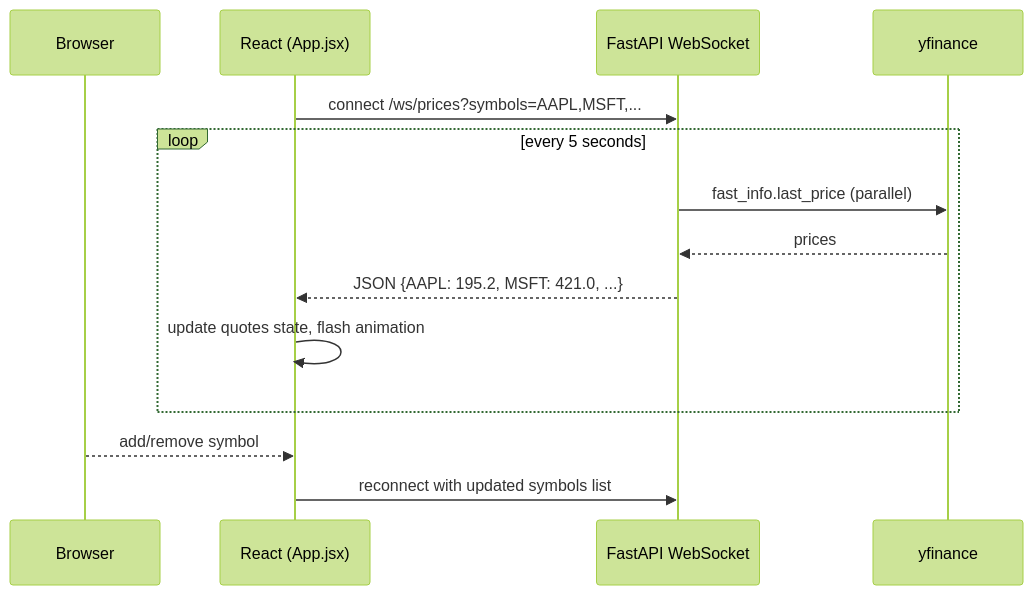
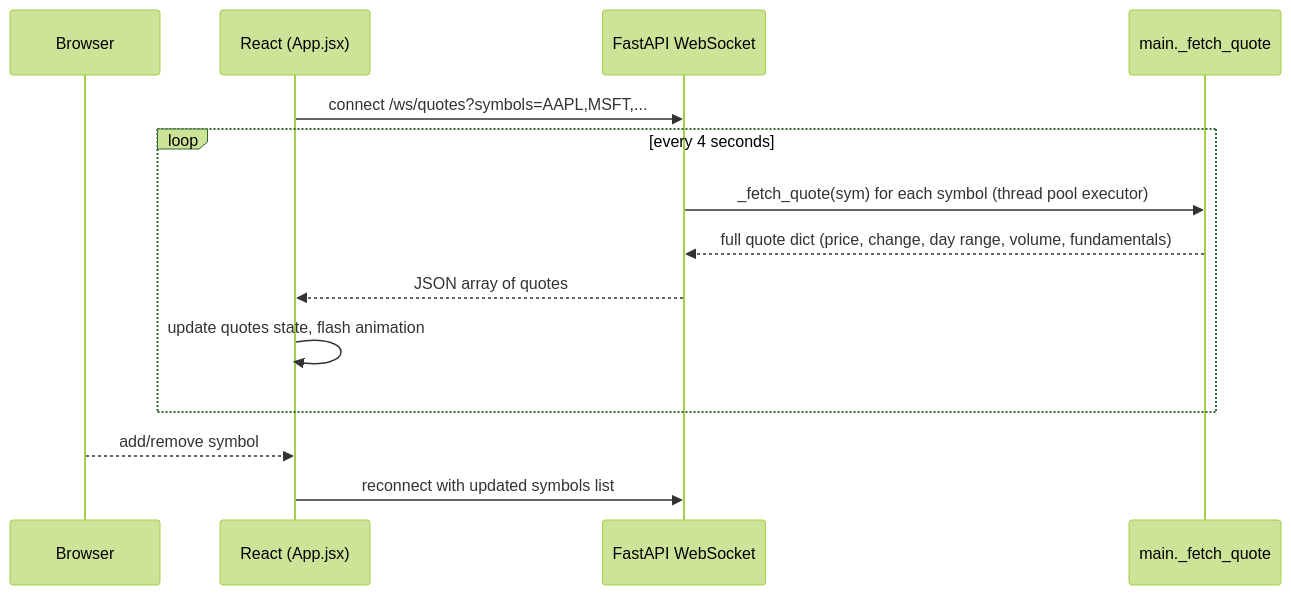
Before and after one commit to rcoder29/stockmonitor: the second of 7 diagrams in ARCHITECTURE.md, drawn with Mermaid (forest theme). The commit also changed other lines of this file and 1 other file, not shown here.

First line of the commit message:
Update ARCHITECTURE.md and PRODUCT_ENHANCEMENTS.md for recent builds

````diff
--- a/ARCHITECTURE.md
+++ b/ARCHITECTURE.md
@@ -51,17 +67,17 @@
 ```mermaid
 sequenceDiagram
     participant B as Browser
     participant F as React (App.jsx)
     participant WS as FastAPI WebSocket
-    participant YF as yfinance
+    participant M as main._fetch_quote
 
-    F->>WS: connect /ws/prices?symbols=AAPL,MSFT,...
-    loop every 5 seconds
-        WS->>YF: fast_info.last_price (parallel)
-        YF-->>WS: prices
-        WS-->>F: JSON {AAPL: 195.2, MSFT: 421.0, ...}
+    F->>WS: connect /ws/quotes?symbols=AAPL,MSFT,...
+    loop every 4 seconds
+        WS->>M: _fetch_quote(sym) for each symbol (thread pool executor)
+        M-->>WS: full quote dict (price, change, day range, volume, fundamentals)
+        WS-->>F: JSON array of quotes
         F->>F: update quotes state, flash animation
     end
     B-->>F: add/remove symbol
     F->>WS: reconnect with updated symbols list
 ```
````
